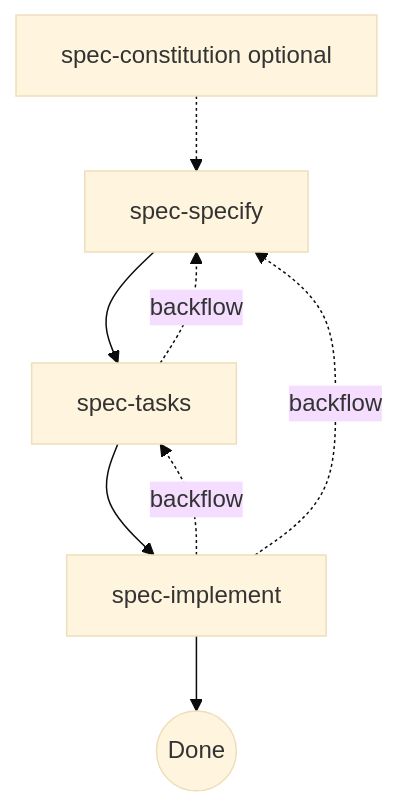
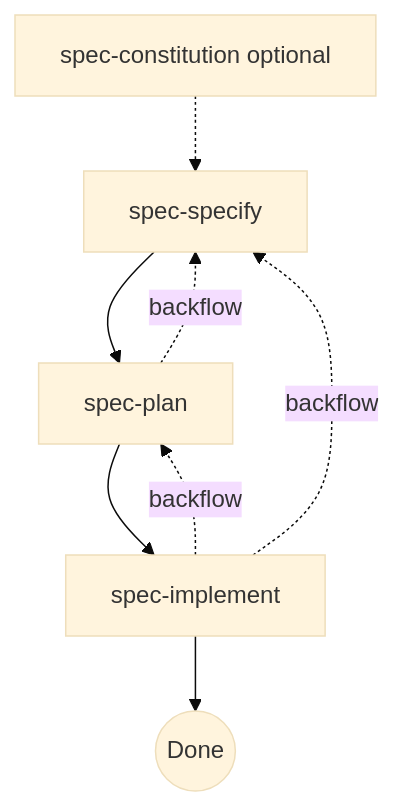
Before and after one commit to h3y6e/spec-skills: the diagram in README.md, drawn with Mermaid (base theme). The commit also changed other lines of this file and 12 other files, not shown here.

First line of the commit message:
feat!: rename spec-tasks to spec-plan and consolidate under plan-centric execution

````diff
--- a/README.md
+++ b/README.md
@@ -15,8 +15,8 @@
 ```mermaid
 flowchart TD
-    A["spec-constitution optional"] -.-> B["spec-specify"] --> C["spec-tasks"] --> D["spec-implement"]
+    A["spec-constitution optional"] -.-> B["spec-specify"] --> C["spec-plan"] --> D["spec-implement"]
     D --> E((Done))
     C -.->|backflow| B
     D -.->|backflow| C
     D -.->|backflow| B
 ```
````
